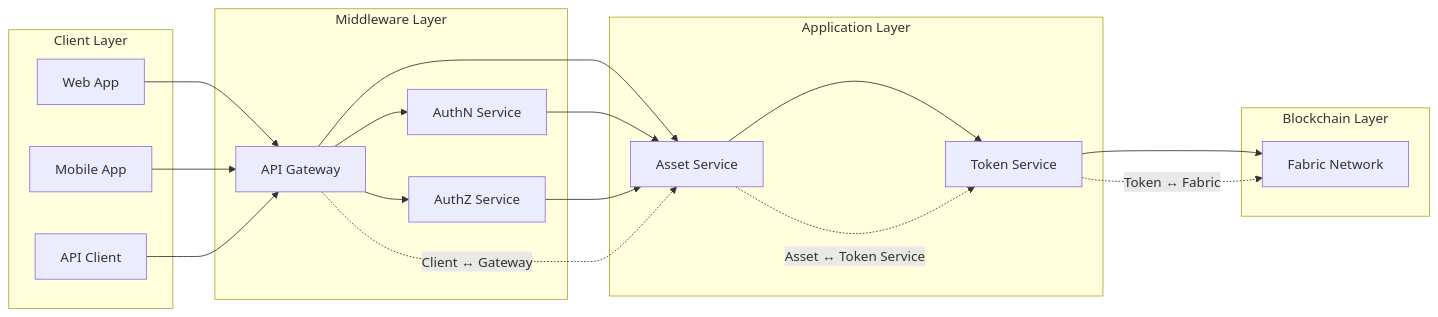
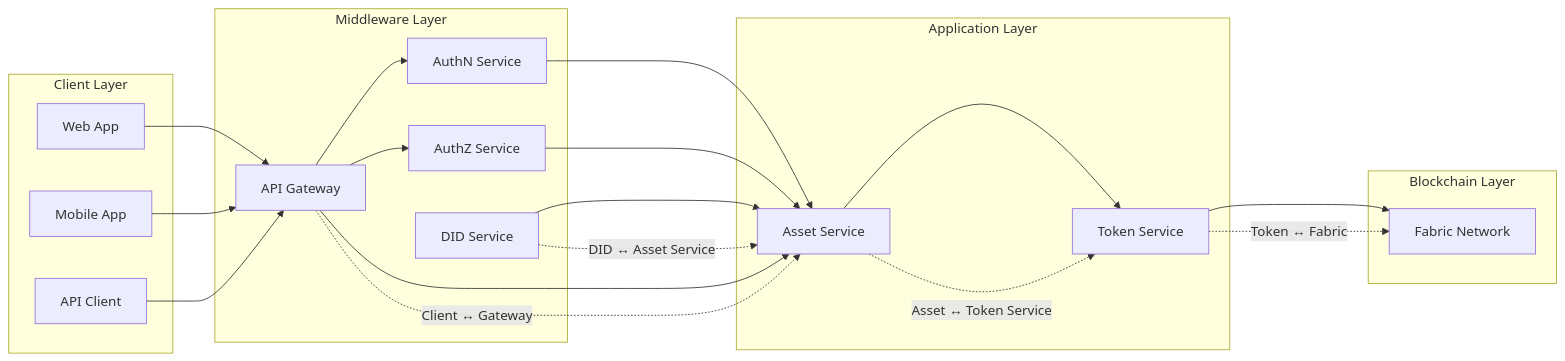
Before and after one commit to metafi-blockchain/metafi-digital-assets-service: the first of 7 diagrams in docs/rd.vi.md, drawn with Mermaid.

````diff
--- a/docs/rd.vi.md
+++ b/docs/rd.vi.md
@@ -38,42 +38,45 @@
 ```mermaid
 graph LR
     subgraph "Client Layer"
         Web[Web App]
         Mobile[Mobile App]
         API[API Client]
     end
 
     subgraph "Middleware Layer"
         Gateway[API Gateway]
         AuthN[AuthN Service]
         AuthZ[AuthZ Service]
+        DID[DID Service]
     end
 
     subgraph "Application Layer"
         Asset[Asset Service]
         Token[Token Service]
     end
 
     subgraph "Blockchain Layer"
         Fabric[Fabric Network]
     end
 
     Web --> Gateway
     Mobile --> Gateway
     API --> Gateway
 
     Gateway --> AuthN
     Gateway --> AuthZ
     Gateway --> Asset
 
     AuthN --> Asset
     AuthZ --> Asset
+    DID --> Asset
 
     Asset --> Token
     Token --> Fabric
 
     %% Interface Labels
     Gateway -.->|"Client ↔ Gateway"| Asset
     Asset -.->|"Asset ↔ Token Service"| Token
     Token -.->|"Token ↔ Fabric"| Fabric
+    DID -.->|"DID ↔ Asset Service"| Asset
 ```
````
